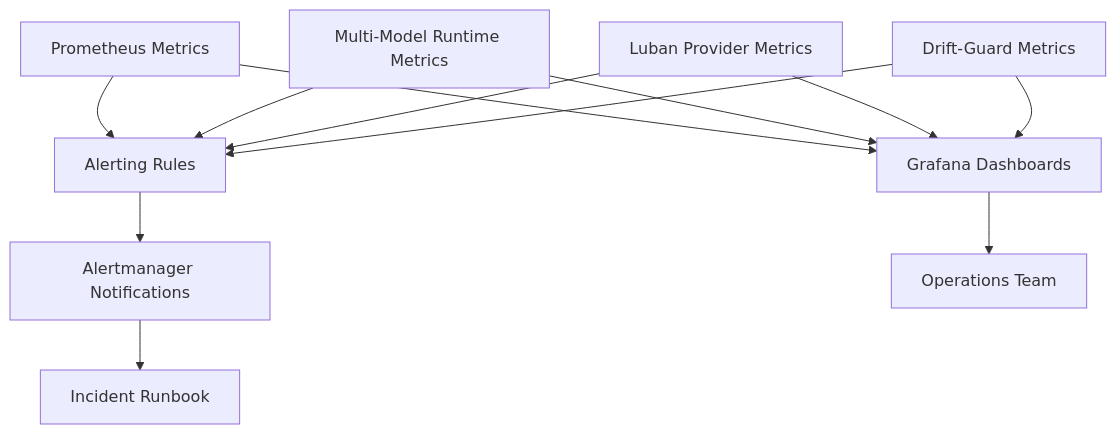
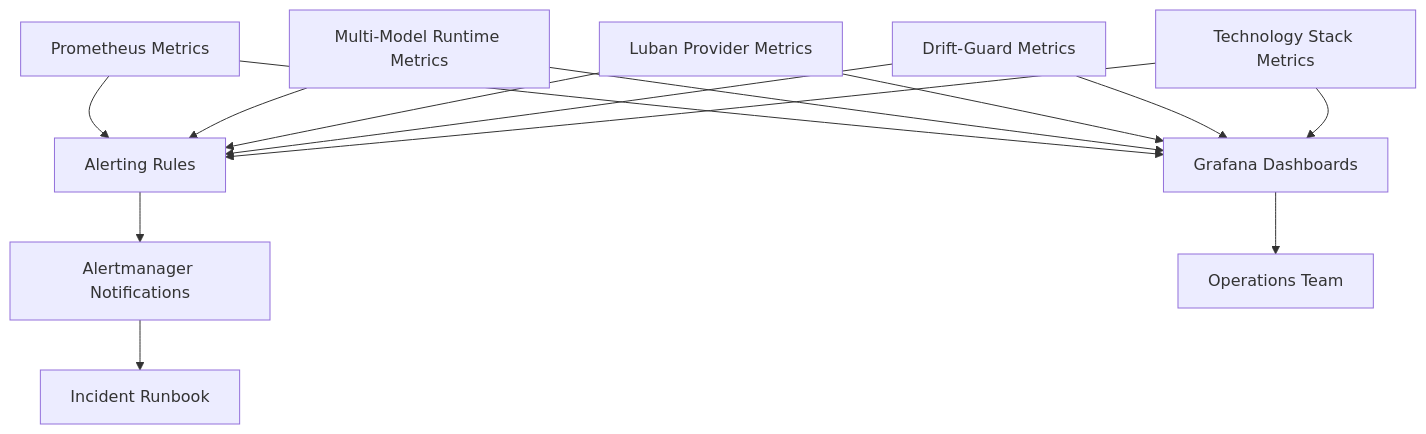
Diagram 13 of 15 in .qoder/repowiki/en/content/Monitoring and Observability/Monitoring and Observability.md (metasync/luban-aiops), drawn with Mermaid before and after one commit. The commit also changed other lines of this file and 6 other files, not shown here.

````diff
--- a/.qoder/repowiki/en/content/Monitoring and Observability/Monitoring and Observability.md
+++ b/.qoder/repowiki/en/content/Monitoring and Observability/Monitoring and Observability.md
@@ -686,14 +768,16 @@
 ```mermaid
 graph TB
 Metrics["Prometheus Metrics"] --> Rules["Alerting Rules"]
 Rules --> Alerts["Alertmanager Notifications"]
 Alerts --> Runbook["Incident Runbook"]
 Metrics --> Dashboards["Grafana Dashboards"]
 Dashboards --> Ops["Operations Team"]
 NewMetrics["Multi-Model Runtime Metrics"] --> Rules
 NewMetrics --> Dashboards
 LubanMetrics["Luban Provider Metrics"] --> Rules
 LubanMetrics --> Dashboards
 DriftMetrics["Drift-Guard Metrics"] --> Rules
 DriftMetrics --> Dashboards
+TechStackMetrics["Technology Stack Metrics"] --> Rules
+TechStackMetrics --> Dashboards
 ```
````
